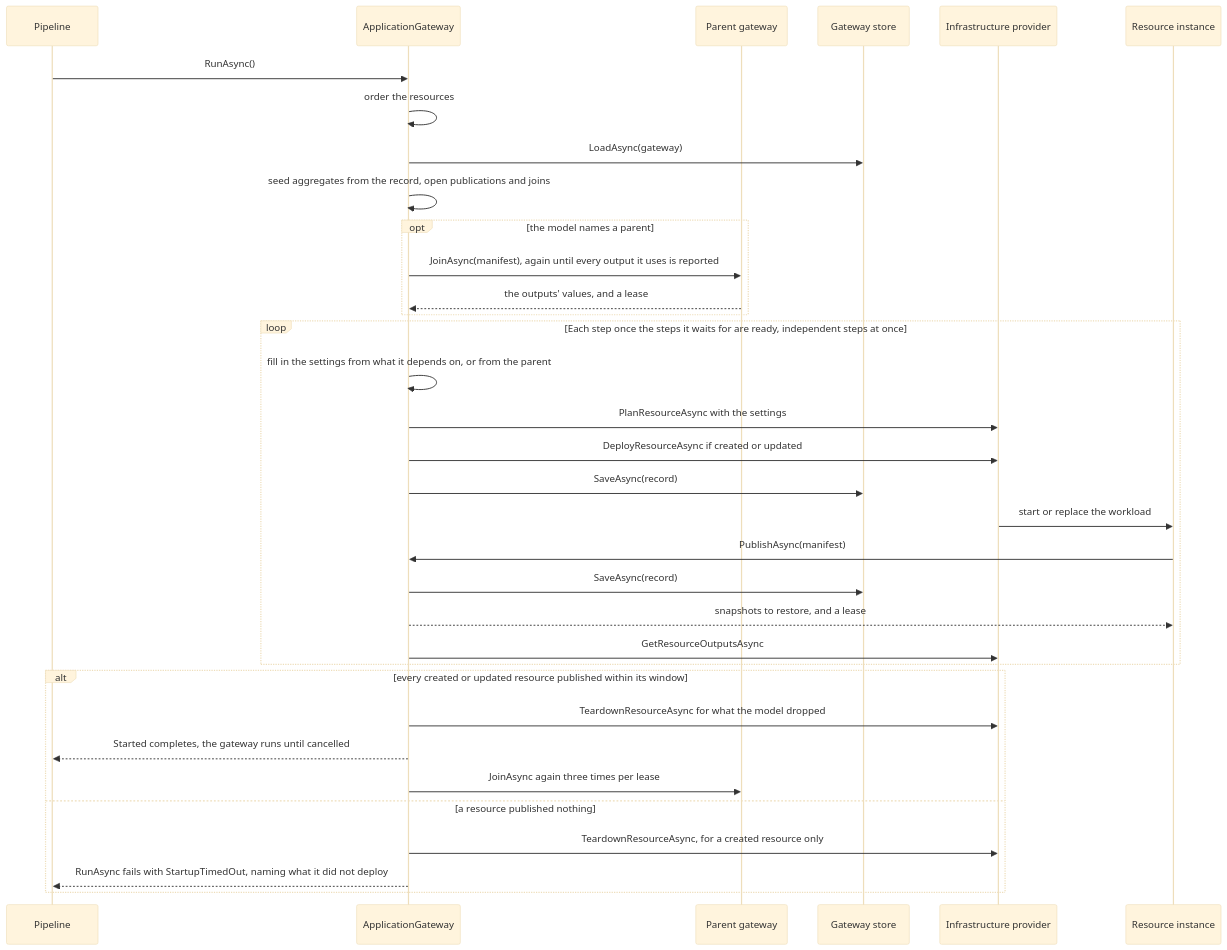
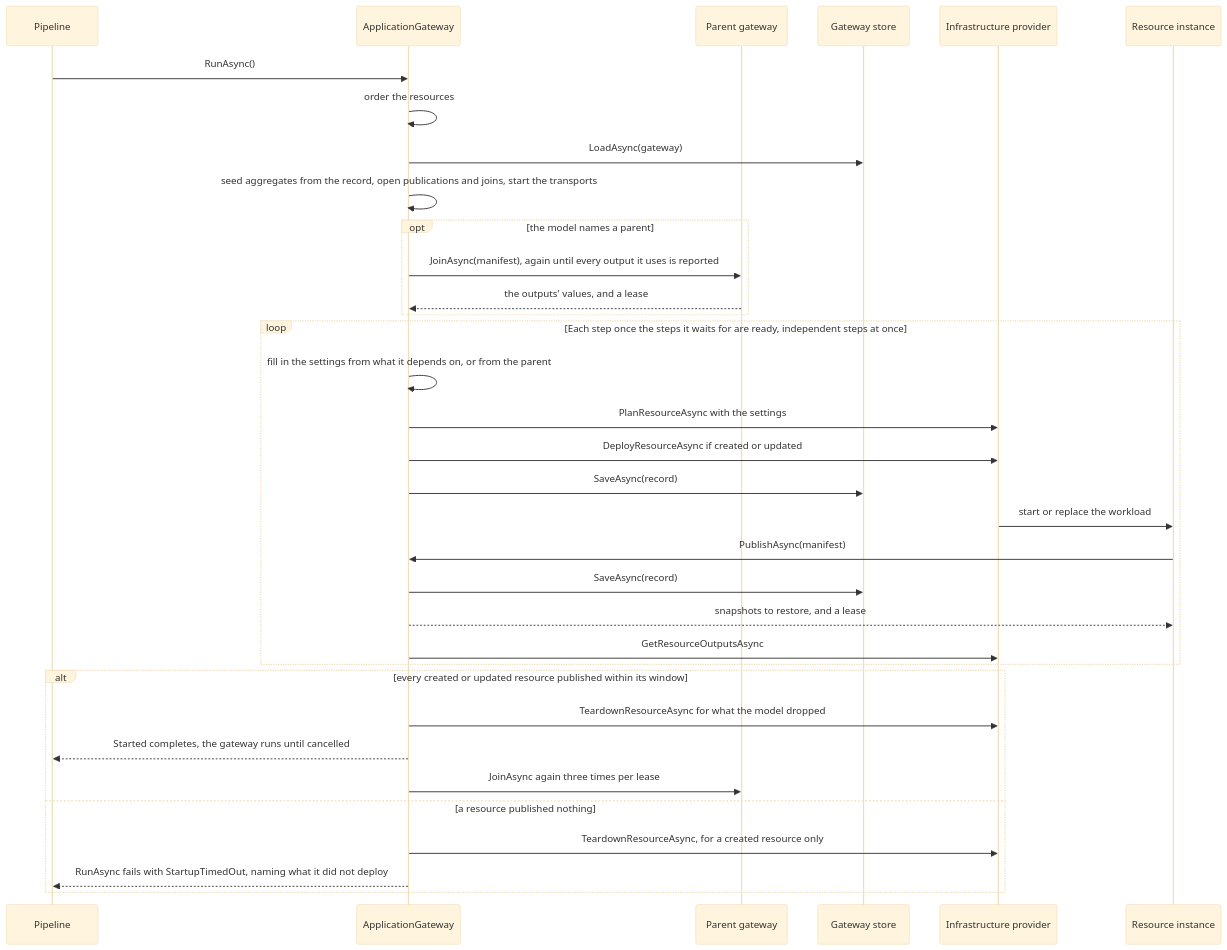
One commit to assimalign/cohesion changed the second of 3 diagrams in libraries/ApplicationModel/Assimalign.Cohesion.ApplicationModel.Gateway/docs/DESIGN.md. Above: the diagram before and after it, drawn with Mermaid (base theme). The commit also changed other lines of this file and 82 other files, not shown here.

````diff
--- a/libraries/ApplicationModel/Assimalign.Cohesion.ApplicationModel.Gateway/docs/DESIGN.md
+++ b/libraries/ApplicationModel/Assimalign.Cohesion.ApplicationModel.Gateway/docs/DESIGN.md
@@ -52,36 +53,36 @@
 ```mermaid
 sequenceDiagram
     participant Caller as Pipeline
     participant GW as ApplicationGateway
     participant Parent as Parent gateway
     participant Store as Gateway store
     participant Infra as Infrastructure provider
     participant Inst as Resource instance
     Caller->>GW: RunAsync()
     GW->>GW: order the resources
     GW->>Store: LoadAsync(gateway)
-    GW->>GW: seed aggregates from the record, open publications and joins
+    GW->>GW: seed aggregates from the record, open publications and joins, start the transports
     opt the model names a parent
         GW->>Parent: JoinAsync(manifest), again until every output it uses is reported
         Parent-->>GW: the outputs' values, and a lease
     end
     loop Each step once the steps it waits for are ready, independent steps at once
         GW->>GW: fill in the settings from what it depends on, or from the parent
         GW->>Infra: PlanResourceAsync with the settings
         GW->>Infra: DeployResourceAsync if created or updated
         GW->>Store: SaveAsync(record)
         Infra->>Inst: start or replace the workload
         Inst->>GW: PublishAsync(manifest)
         GW->>Store: SaveAsync(record)
         GW-->>Inst: snapshots to restore, and a lease
         GW->>Infra: GetResourceOutputsAsync
     end
     alt every created or updated resource published within its window
         GW->>Infra: TeardownResourceAsync for what the model dropped
         GW-->>Caller: Started completes, the gateway runs until cancelled
         GW->>Parent: JoinAsync again three times per lease
     else a resource published nothing
         GW->>Infra: TeardownResourceAsync, for a created resource only
         GW-->>Caller: RunAsync fails with StartupTimedOut, naming what it did not deploy
     end
 ```
````
